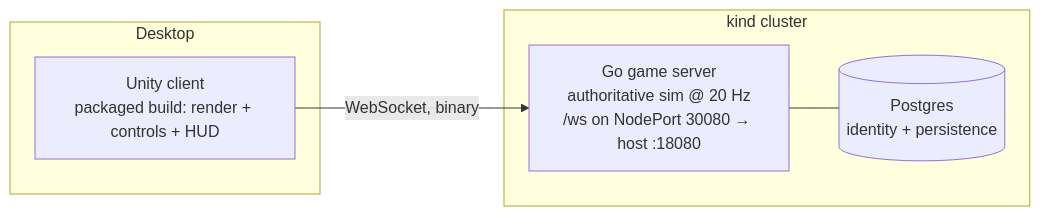
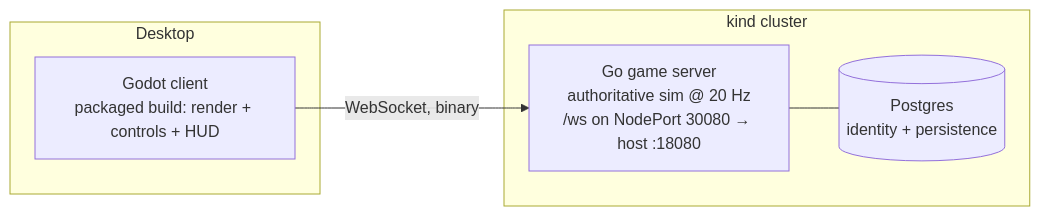
The diagram in docs/ARCHITECTURE.md (stevenholder/space_adventure), drawn with Mermaid before and after one commit. The commit also changed other lines of this file and 235 other files, not shown here.

First line of the commit message:
feat(client): Phase 11.5 — swap Unity for Godot 4, remove client-unity

````diff
--- a/docs/ARCHITECTURE.md
+++ b/docs/ARCHITECTURE.md
@@ -8,12 +8,12 @@
 ```mermaid
 flowchart LR
   subgraph Desktop
-    C[Unity client<br/>packaged build: render + controls + HUD]
+    C[Godot client<br/>packaged build: render + controls + HUD]
   end
   subgraph kind cluster
     S[Go game server<br/>authoritative sim @ 20 Hz<br/>/ws on NodePort 30080 → host :18080]
     P[(Postgres<br/>identity + persistence)]
   end
   C -- WebSocket, binary --> S
   S --- P
 ```
````
